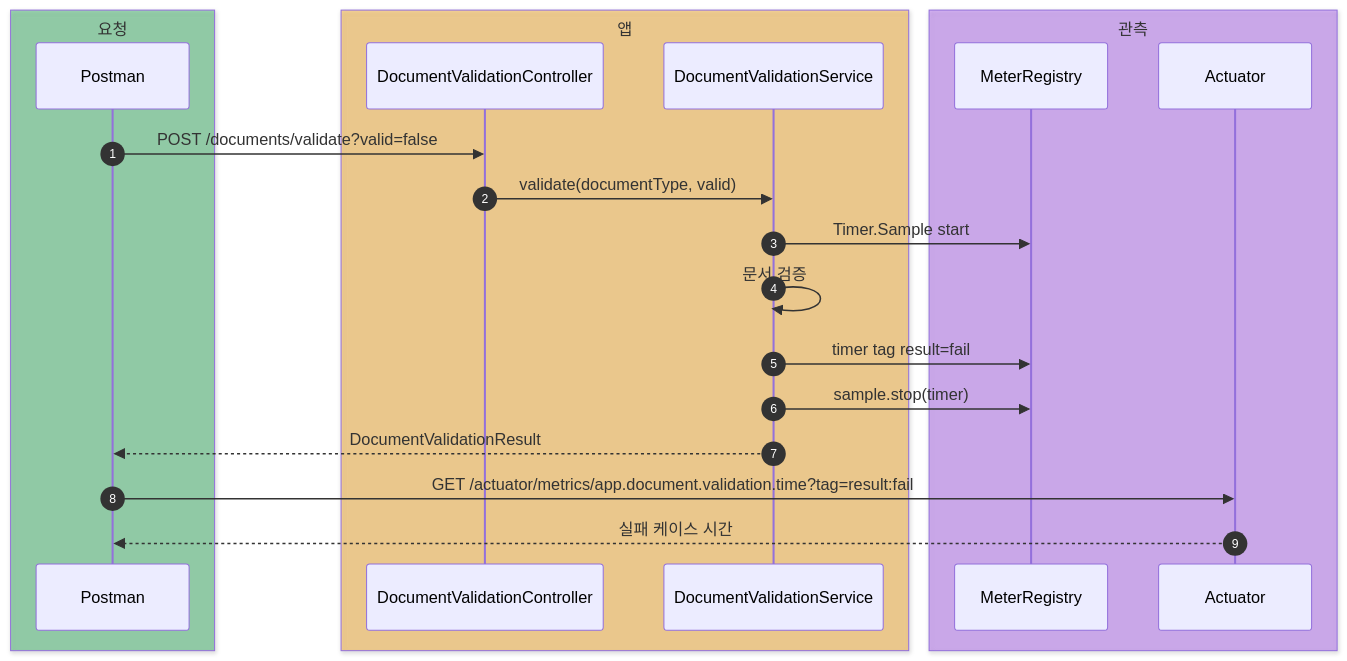
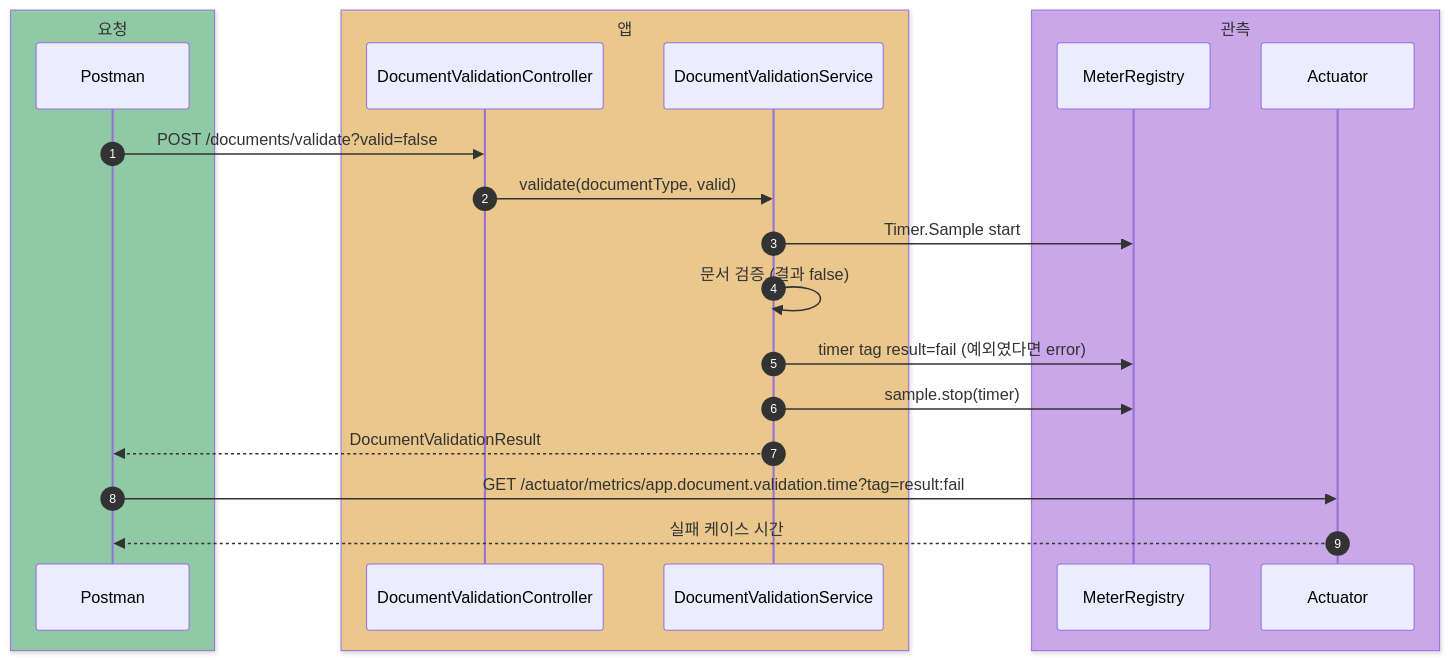
Before and after one commit to HJC96/deep-dive: the ninth of 13 diagrams in labs/spring-boot-actuator/README.md, drawn with Mermaid. The commit also changed other lines of this file and 6 other files, not shown here.

First line of the commit message:
fix(actuator): Counter 이중 집계와 Timer.Sample result tag 수정, HTTP 테스트 추가

````diff
--- a/labs/spring-boot-actuator/README.md
+++ b/labs/spring-boot-actuator/README.md
@@ -1221,28 +1232,28 @@
 ```mermaid
 sequenceDiagram
     autonumber
 
     box rgba(22, 163, 74, 0.40) 요청
     participant Postman
     end
 
     box rgba(245, 158, 11, 0.40) 앱
     participant Controller as DocumentValidationController
     participant Service as DocumentValidationService
     end
 
     box rgba(147, 51, 234, 0.35) 관측
     participant Registry as MeterRegistry
     participant Actuator
     end
 
     Postman->>Controller: POST /documents/validate?valid=false
     Controller->>Service: validate(documentType, valid)
     Service->>Registry: Timer.Sample start
-    Service->>Service: 문서 검증
-    Service->>Registry: timer tag result=fail
+    Service->>Service: 문서 검증 (결과 false)
+    Service->>Registry: timer tag result=fail (예외였다면 error)
     Service->>Registry: sample.stop(timer)
     Service-->>Postman: DocumentValidationResult
     Postman->>Actuator: GET /actuator/metrics/app.document.validation.time?tag=result:fail
     Actuator-->>Postman: 실패 케이스 시간
 ```
````
